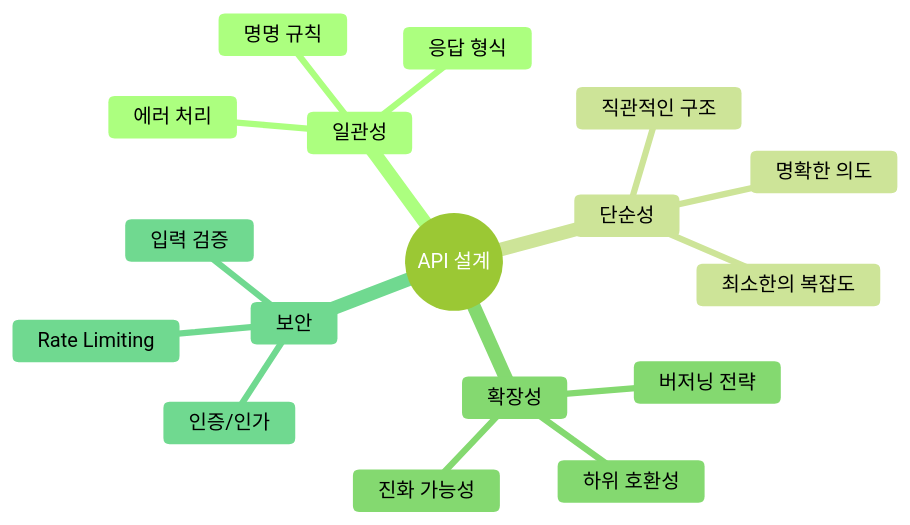
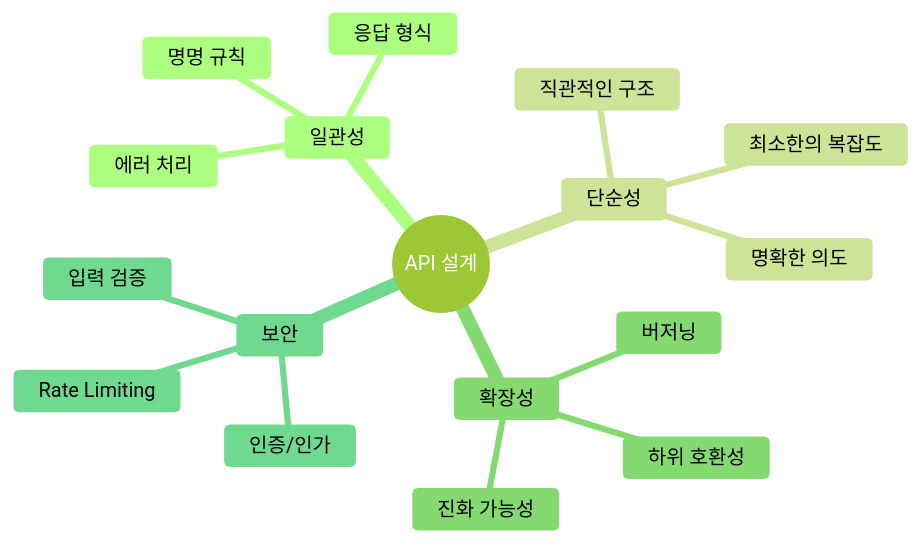
Before and after one commit to GYUTORY/YGSTUDY: the first of 15 diagrams in Develop/Framework/Node/API/API_설계_원칙.md, drawn with Mermaid (forest theme). The commit also changed other lines of this file and 2 other files, not shown here.

````diff
--- a/Develop/Framework/Node/API/API_설계_원칙.md
+++ b/Develop/Framework/Node/API/API_설계_원칙.md
@@ -15,20 +15,20 @@
 ```mermaid
 mindmap
   root((API 설계))
     일관성
       명명 규칙
       응답 형식
       에러 처리
     단순성
       직관적인 구조
       명확한 의도
       최소한의 복잡도
     확장성
-      버저닝 전략
+      버저닝
       하위 호환성
       진화 가능성
     보안
       인증/인가
       입력 검증
       Rate Limiting
 ```
````
